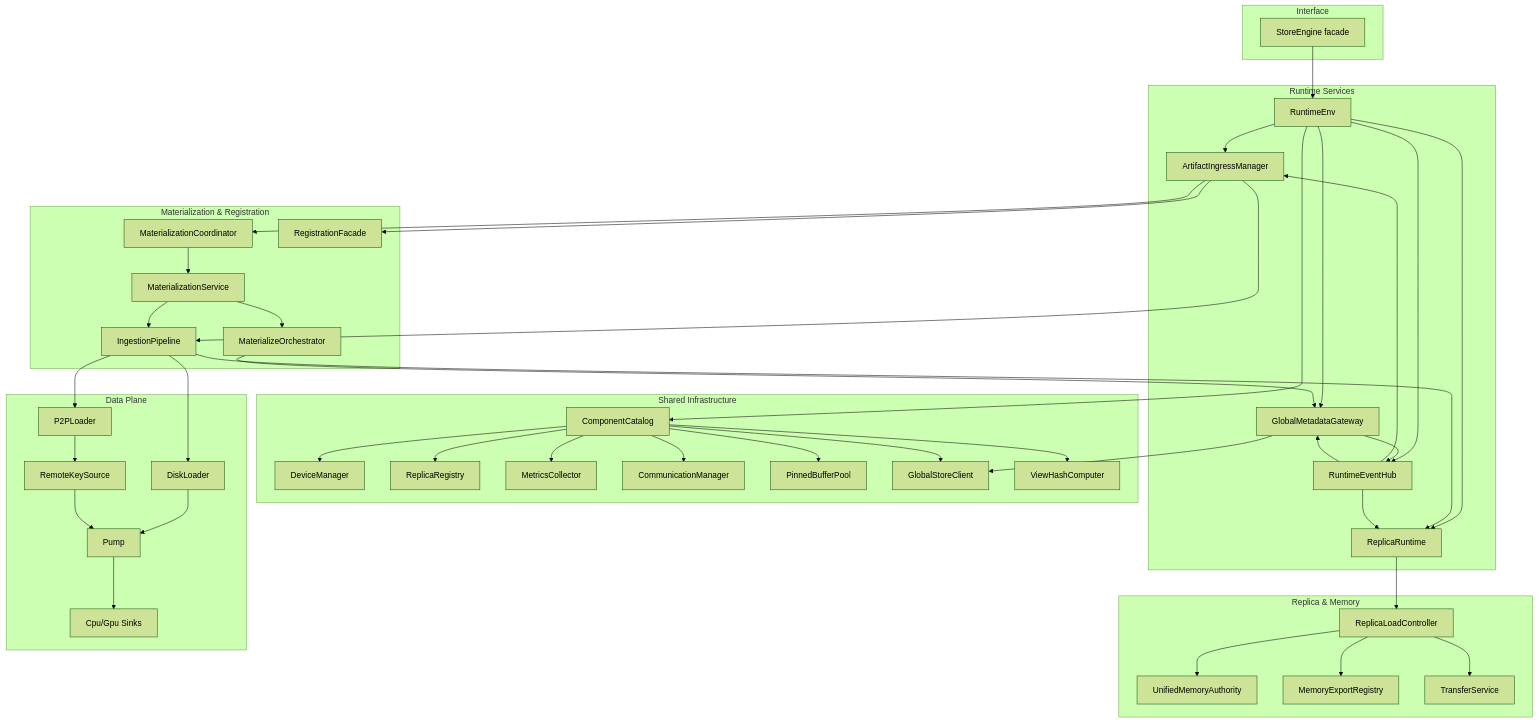
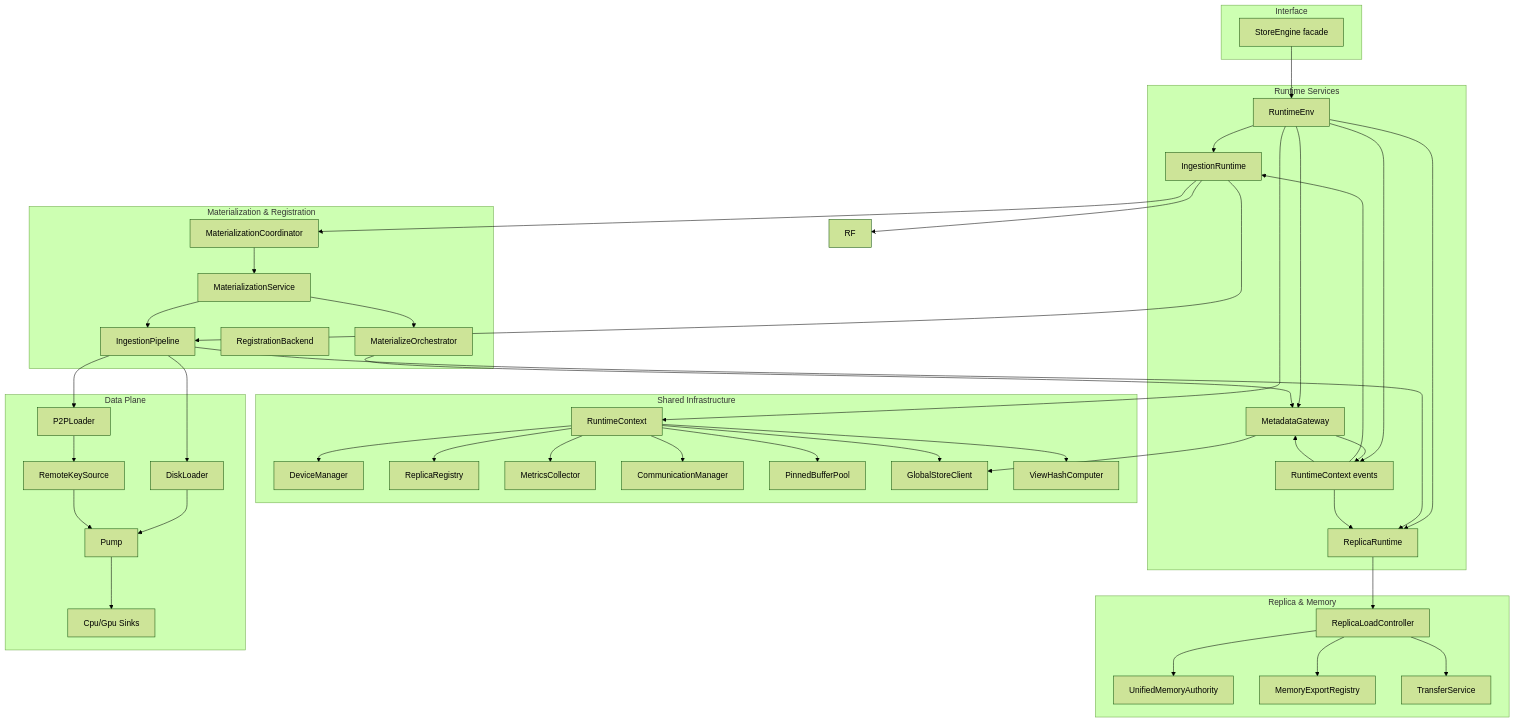
Before and after one commit to tensorcast-ai/tensorcast: the first of 3 diagrams in core/store/docs/architecture.md, drawn with Mermaid (forest theme). The commit also changed other lines of this file and 73 other files, not shown here.

Commit message:
refactor(store): consolidate runtime components and enhance registration flow

````diff
--- a/core/store/docs/architecture.md
+++ b/core/store/docs/architecture.md
@@ -16,79 +16,80 @@
 ```mermaid
 graph TB
     subgraph "Interface"
         SE[StoreEngine facade]
     end
     subgraph "Runtime Services"
         RE[RuntimeEnv]
-        AIM[ArtifactIngressManager]
+        IR[IngestionRuntime]
         RR[ReplicaRuntime]
-        GMG[GlobalMetadataGateway]
-        EH[RuntimeEventHub]
+        MG[MetadataGateway]
+        EH[RuntimeContext events]
     end
     subgraph "Shared Infrastructure"
-        CC[ComponentCatalog]
+        CC[RuntimeContext]
         DM[DeviceManager]
         REG[ReplicaRegistry]
         MC[MetricsCollector]
         COMM[CommunicationManager]
         PB[PinnedBufferPool]
         GSC[GlobalStoreClient]
         VHC[ViewHashComputer]
     end
     subgraph "Materialization & Registration"
         MCoor[MaterializationCoordinator]
         IP[IngestionPipeline]
-        RF[RegistrationFacade]
+        RB[RegistrationBackend]
+        MG[MetadataGateway]
         MZ[MaterializationService]
         MO[MaterializeOrchestrator]
     end
     subgraph "Replica & Memory"
         RLC[ReplicaLoadController]
         UMA[UnifiedMemoryAuthority]
         MER[MemoryExportRegistry]
         TS[TransferService]
     end
     subgraph "Data Plane"
         DL[DiskLoader]
         PL[P2PLoader]
         RKS[RemoteKeySource]
         Pump[Pump]
         Sink[Cpu/Gpu Sinks]
     end
     SE --> RE
-    RE --> AIM
+    RE --> IR
     RE --> RR
-    RE --> GMG
+    RE --> MG
     RE --> EH
     RE --> CC
     CC --> DM
     CC --> REG
     CC --> MC
     CC --> COMM
     CC --> PB
     CC --> GSC
     CC --> VHC
-    AIM --> MCoor
-    AIM --> IP
-    AIM --> RF
+    IR --> MCoor
+    IR --> IP
+    IR --> RF
     MCoor --> MZ
     MZ --> IP
     MZ --> MO
-    MO --> GMG
+    MO --> MG
     IP --> RR
     RR --> RLC
     RLC --> UMA
     RLC --> TS
     RLC --> MER
     IP --> DL
     IP --> PL
     PL --> RKS
     DL --> Pump
     RKS --> Pump
     Pump --> Sink
-    GMG --> GSC
-    GMG --> EH
+    MG --> GSC
+    MG --> EH
     EH --> RR
-    EH --> AIM
-    EH --> GMG
+    EH --> IR
+    EH --> MG
 ```
````
